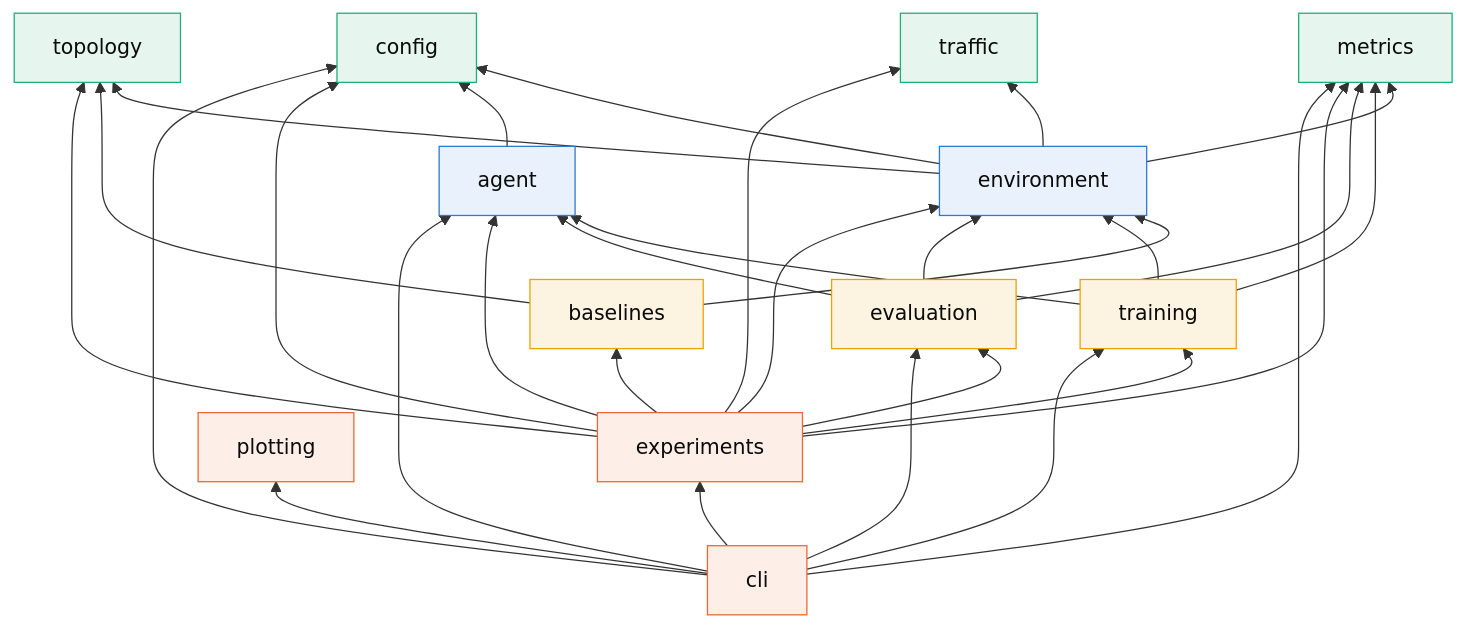
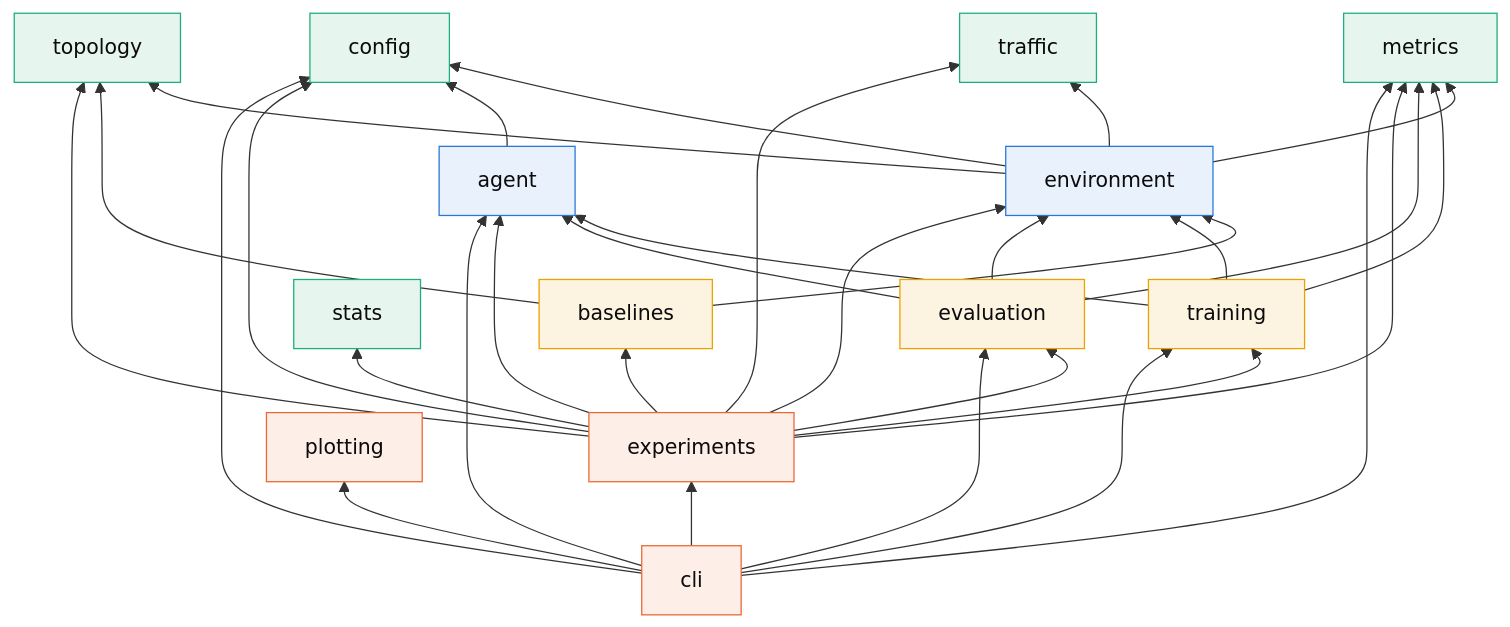
One commit to SaharHalili95/meshmind-ai changed the third of 8 diagrams in docs/learning/02_architecture.md. Above: the diagram before and after it, drawn with Mermaid. The commit also changed other lines of this file and 20 other files, not shown here.

````diff
--- a/docs/learning/02_architecture.md
+++ b/docs/learning/02_architecture.md
@@ -90,46 +90,48 @@
 ```mermaid
 flowchart BT
     config
     topology
     traffic
     metrics
     environment --> config
     environment --> metrics
     environment --> topology
     environment --> traffic
     agent --> config
     baselines --> environment
     baselines --> topology
     training --> agent
     training --> environment
     training --> metrics
     evaluation --> agent
     evaluation --> environment
     evaluation --> metrics
     experiments --> agent
     experiments --> baselines
     experiments --> config
     experiments --> environment
     experiments --> evaluation
     experiments --> metrics
     experiments --> topology
     experiments --> traffic
     experiments --> training
+    experiments --> stats
+    stats
     plotting
     cli --> experiments
     cli --> plotting
     cli --> agent
     cli --> config
     cli --> evaluation
     cli --> metrics
     cli --> training
 
     classDef l0 fill:#e6f6ef,stroke:#1baf7a,color:#0b0b0b
     classDef l1 fill:#e8f1fc,stroke:#2a78d6,color:#0b0b0b
     classDef l2 fill:#fdf3e1,stroke:#eda100,color:#0b0b0b
     classDef l3 fill:#fdeee7,stroke:#eb6834,color:#0b0b0b
-    class config,topology,traffic,metrics l0
+    class config,topology,traffic,metrics,stats l0
     class environment,agent l1
     class baselines,training,evaluation l2
     class experiments,plotting,cli l3
 ```
````
